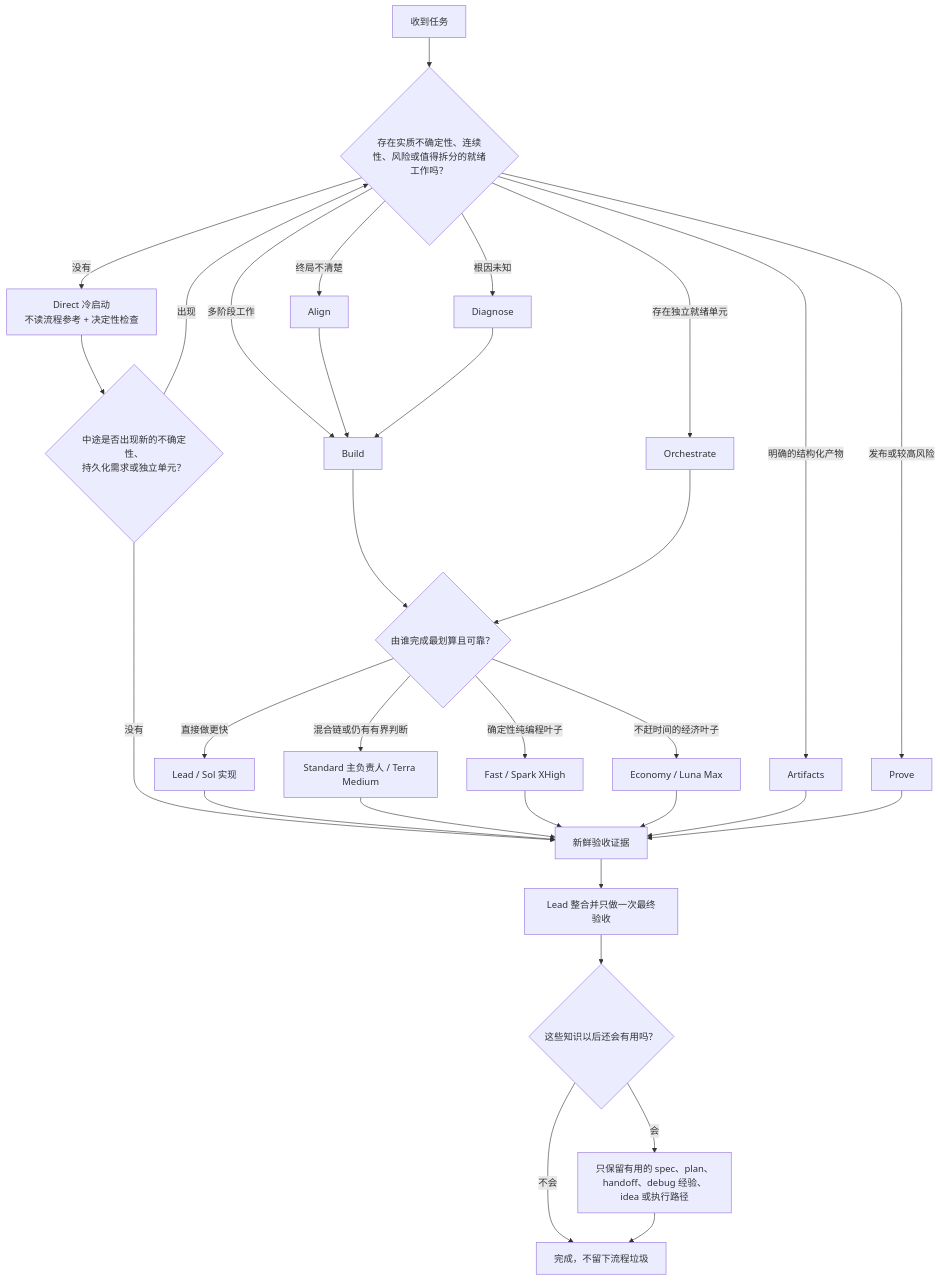
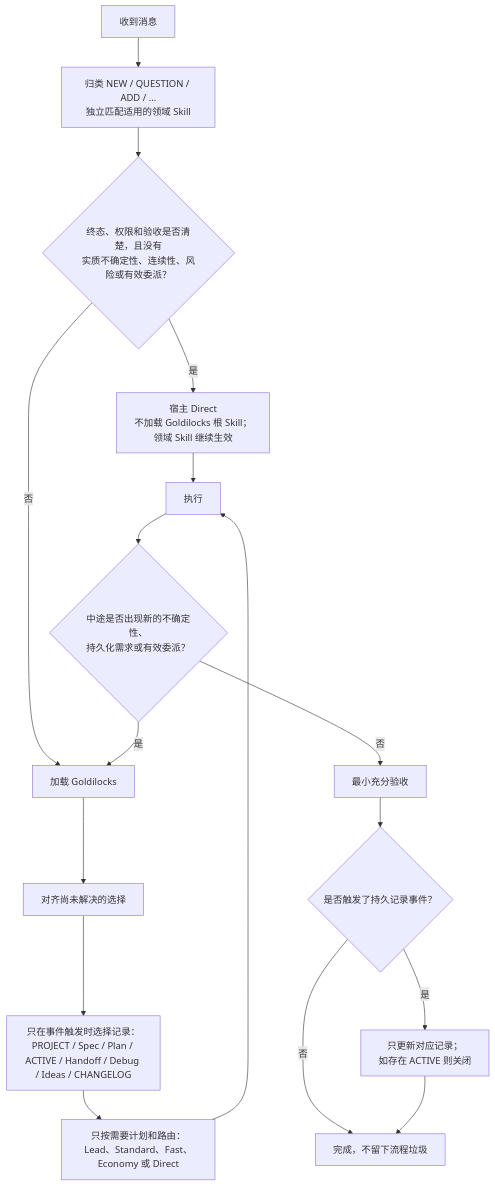
One commit to blackstone2333/goldilocks changed the diagram in README.zh-CN.md. Above: the diagram before and after it, drawn with Mermaid. The commit also changed 1 other file, not shown here.

Commit message:
docs: update v0.6.0 workflow diagrams

````diff
--- a/README.zh-CN.md
+++ b/README.zh-CN.md
@@ -107,33 +107,19 @@
 ```mermaid
 flowchart TD
-    A["收到任务"] --> B{"存在实质不确定性、连续性、风险或值得拆分的就绪工作吗？"}
-    B -- "没有" --> C["Direct 冷启动<br/>不读流程参考 + 决定性检查"]
-    B -- "终局不清楚" --> D["Align"]
-    B -- "根因未知" --> E["Diagnose"]
-    B -- "多阶段工作" --> F["Build"]
-    B -- "存在独立就绪单元" --> G["Orchestrate"]
-    B -- "发布或较高风险" --> H["Prove"]
-    B -- "明确的结构化产物" --> I["Artifacts"]
-    D --> F
-    E --> F
-    F --> J{"由谁完成最划算且可靠？"}
-    G --> J
-    J -- "直接做更快" --> K["Lead / Sol 实现"]
-    J -- "混合链或仍有有界判断" --> L["Standard 主负责人 / Terra Medium"]
-    J -- "确定性纯编程叶子" --> M["Fast / Spark XHigh"]
-    J -- "不赶时间的经济叶子" --> N["Economy / Luna Max"]
-    C --> T{"中途是否出现新的不确定性、<br/>持久化需求或独立单元？"}
-    T -- "没有" --> O["新鲜验收证据"]
-    T -- "出现" --> B
-    K --> O
-    L --> O
-    M --> O
-    N --> O
-    I --> O
-    H --> O
-    O --> P["Lead 整合并只做一次最终验收"]
-    P --> Q{"这些知识以后还会有用吗？"}
-    Q -- "会" --> R["只保留有用的 spec、plan、handoff、debug 经验、idea 或执行路径"]
-    Q -- "不会" --> S["完成，不留下流程垃圾"]
-    R --> S
+    A["收到消息"] --> B["归类 NEW / QUESTION / ADD / …<br/>独立匹配适用的领域 Skill"]
+    B --> C{"终态、权限和验收是否清楚，且没有<br/>实质不确定性、连续性、风险或有效委派？"}
+    C -- "是" --> D["宿主 Direct<br/>不加载 Goldilocks 根 Skill；<br/>领域 Skill 继续生效"]
+    C -- "否" --> E["加载 Goldilocks"]
+    E --> F["对齐尚未解决的选择"]
+    F --> G["只在事件触发时选择记录：<br/>PROJECT / Spec / Plan / ACTIVE / Handoff / Debug / Ideas / CHANGELOG"]
+    G --> H["只按需要计划和路由：<br/>Lead、Standard、Fast、Economy 或 Direct"]
+    D --> I["执行"]
+    H --> I
+    I --> J{"中途是否出现新的不确定性、<br/>持久化需求或有效委派？"}
+    J -- "是" --> E
+    J -- "否" --> K["最小充分验收"]
+    K --> L{"是否触发了持久记录事件？"}
+    L -- "是" --> M["只更新对应记录；<br/>如存在 ACTIVE 则关闭"]
+    L -- "否" --> N["完成，不留下流程垃圾"]
+    M --> N
 ```
````
